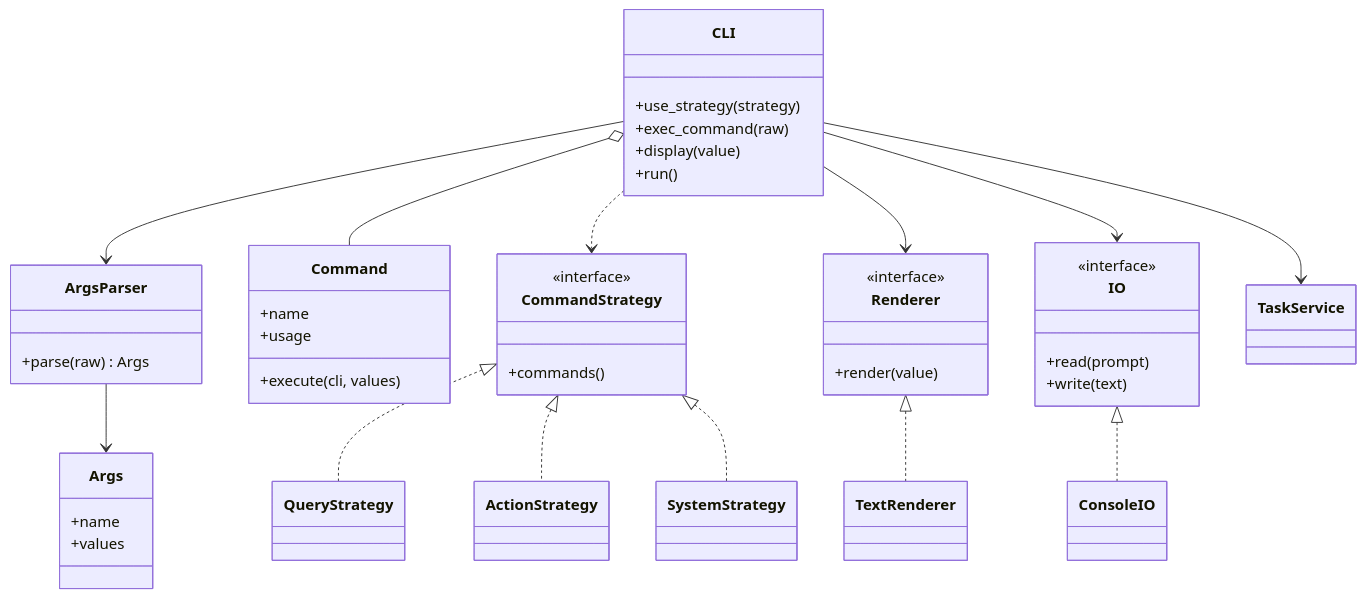
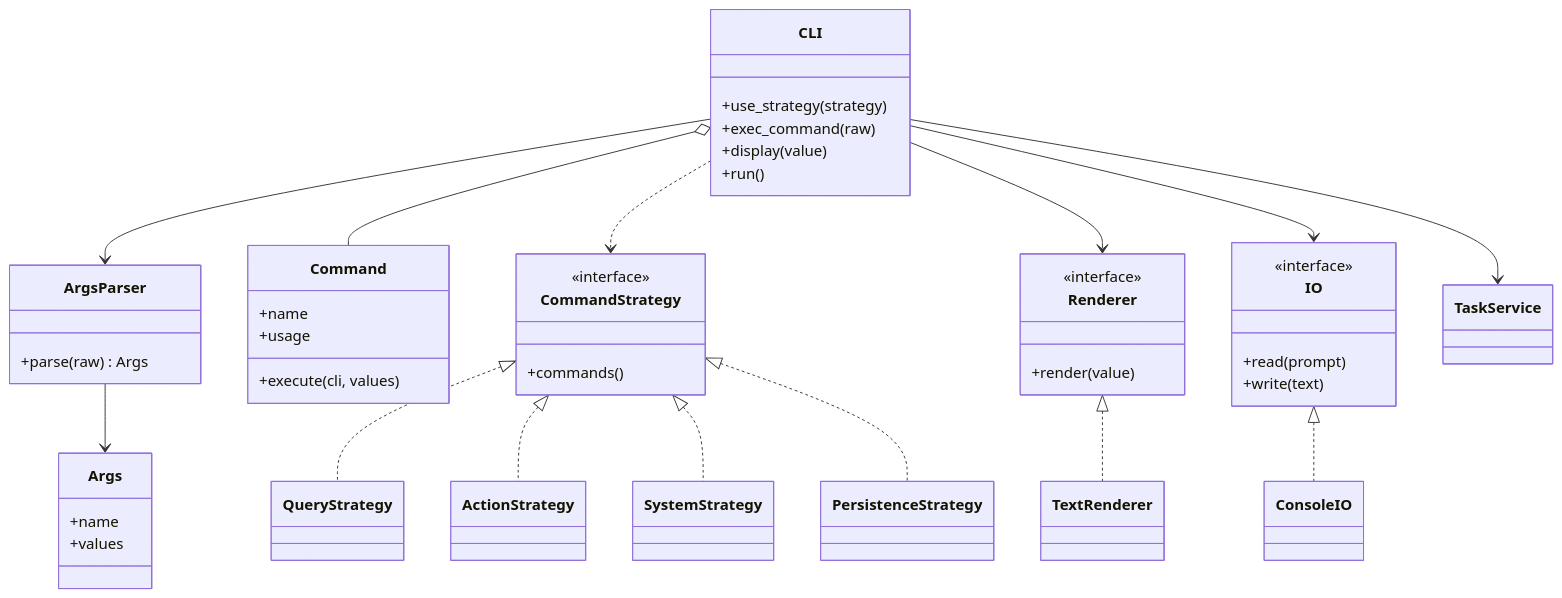
The second of 5 diagrams in DESIGN.md (xyedress/121212), drawn with Mermaid before and after one commit. The commit also changed other lines of this file, not shown here.

Commit message:
Document data persistence architecture and save/load for practical 15

````diff
--- a/DESIGN.md
+++ b/DESIGN.md
@@ -43,51 +43,53 @@
 ```mermaid
 classDiagram
     class CLI {
         +use_strategy(strategy)
         +exec_command(raw)
         +display(value)
         +run()
     }
     class ArgsParser {
         +parse(raw) Args
     }
     class Args {
         +name
         +values
     }
     class Command {
         +name
         +usage
         +execute(cli, values)
     }
     class CommandStrategy {
         <<interface>>
         +commands()
     }
     class QueryStrategy
     class ActionStrategy
     class SystemStrategy
+    class PersistenceStrategy
     class Renderer {
         <<interface>>
         +render(value)
     }
     class TextRenderer
     class IO {
         <<interface>>
         +read(prompt)
         +write(text)
     }
     class ConsoleIO
     CLI --> ArgsParser
     ArgsParser --> Args
     CLI o-- Command
     CLI ..> CommandStrategy
     CommandStrategy <|.. QueryStrategy
     CommandStrategy <|.. ActionStrategy
     CommandStrategy <|.. SystemStrategy
+    CommandStrategy <|.. PersistenceStrategy
     CLI --> Renderer
     Renderer <|.. TextRenderer
     CLI --> IO
     IO <|.. ConsoleIO
     CLI --> TaskService
 ```
````
